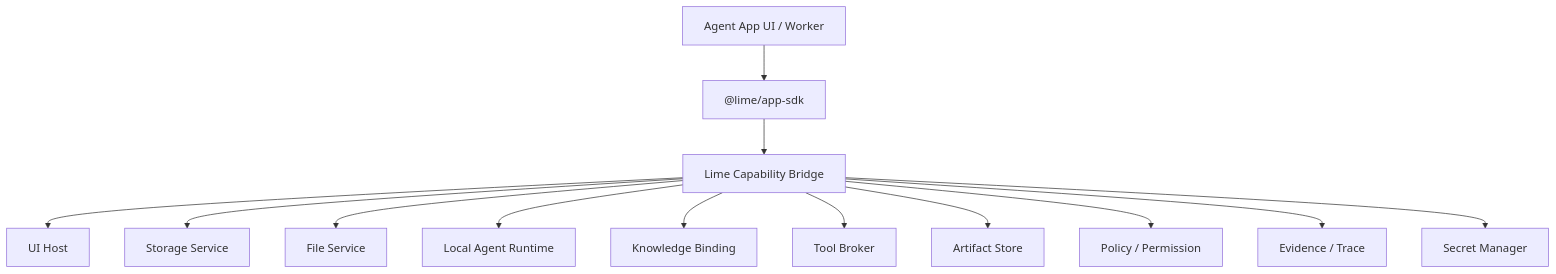
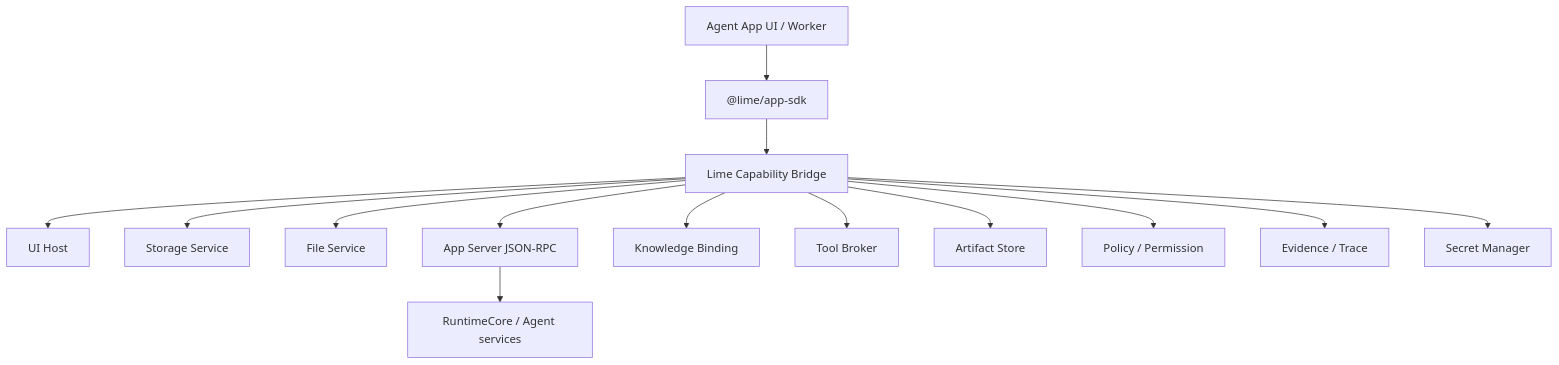
One commit to limecloud/agentapp changed the diagram in docs/en/client-implementation/capability-sdk.md. Above: the diagram before and after it, drawn with Mermaid. The commit also changed other lines of this file and 50 other files, not shown here.

````diff
--- a/docs/en/client-implementation/capability-sdk.md
+++ b/docs/en/client-implementation/capability-sdk.md
@@ -14,15 +14,16 @@
 ```mermaid
 flowchart TD
   App["Agent App UI / Worker"] --> SDK["@lime/app-sdk"]
   SDK --> Bridge[Lime Capability Bridge]
   Bridge --> UI[UI Host]
   Bridge --> Storage[Storage Service]
   Bridge --> Files[File Service]
-  Bridge --> Agent[Local Agent Runtime]
+  Bridge --> Server[App Server JSON-RPC]
+  Server --> Agent[RuntimeCore / Agent services]
   Bridge --> Knowledge[Knowledge Binding]
   Bridge --> Tools[Tool Broker]
   Bridge --> Artifacts[Artifact Store]
   Bridge --> Policy[Policy / Permission]
   Bridge --> Evidence[Evidence / Trace]
   Bridge --> Secrets[Secret Manager]
 ```
````
